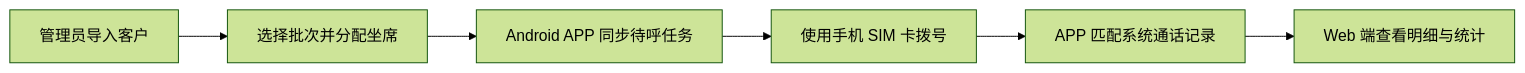
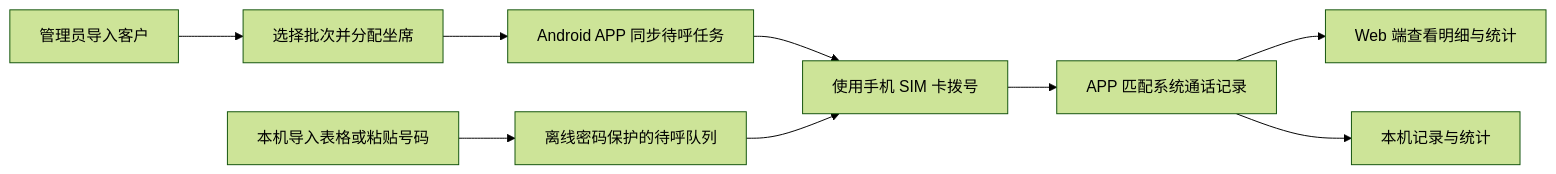
One commit to Houtx/Project-Call-Center changed the diagram in README.md. Above: the diagram before and after it, drawn with Mermaid (forest theme). The commit also changed other lines of this file and 70 other files, not shown here.

````diff
--- a/README.md
+++ b/README.md
@@ -39,8 +39,11 @@
 ```mermaid
 flowchart LR
     A["管理员导入客户"] --> B["选择批次并分配坐席"]
     B --> C["Android APP 同步待呼任务"]
     C --> D["使用手机 SIM 卡拨号"]
     D --> E["APP 匹配系统通话记录"]
     E --> F["Web 端查看明细与统计"]
+    G["本机导入表格或粘贴号码"] --> H["离线密码保护的待呼队列"]
+    H --> D
+    E --> I["本机记录与统计"]
 ```
````
